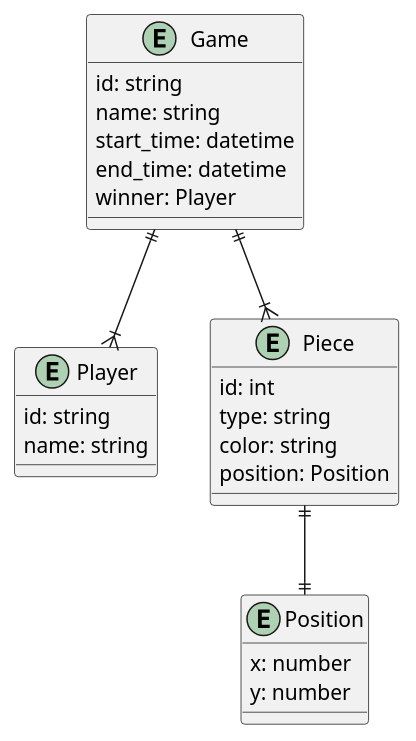
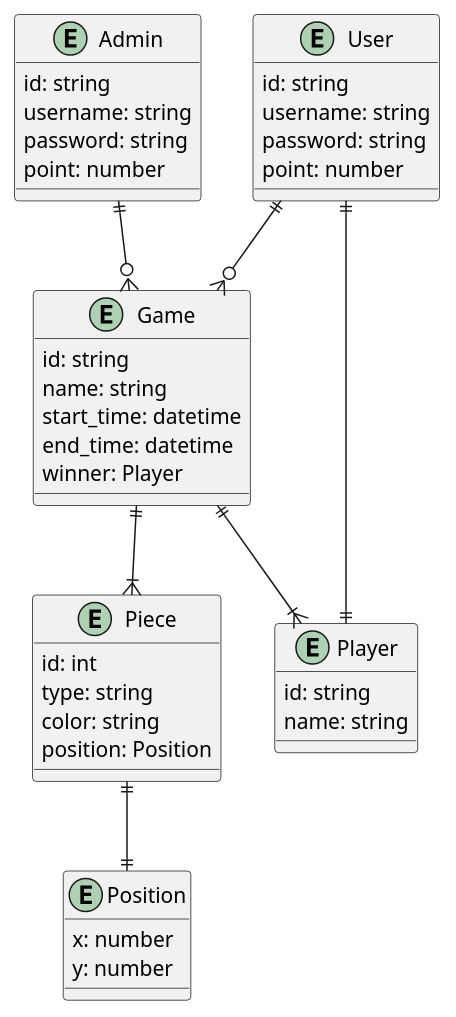
Before and after one commit to kieutridang/set2023: the diagram in MinhThanh/chessGame/docs/ERD/chessGame.plantuml, drawn with PlantUML. The commit also changed 884 other files, not shown here.

```diff
--- a/MinhThanh/chessGame/docs/ERD/chessGame.plantuml
+++ b/MinhThanh/chessGame/docs/ERD/chessGame.plantuml
@@ -1,34 +1,52 @@
 @startuml
+
+entity User{
+    id: string
+    username: string
+    password: string
+    point: number
+}
+
+entity Admin{
+    id: string
+    username: string
+    password: string
+    point: number
+}
+
+
 
 entity Game {
     id: string
     name: string
     start_time: datetime
     end_time: datetime
     winner: Player
 }
 
 entity Player {
     id: string
     name: string
 }
 
 entity Piece {
     id: int
     type: string
     color: string
     position: Position
 }
 
 entity Position {
     x: number
     y: number
 }
-
+User ||--o{ Game
+Admin||--o{ Game
 Game||--|{ Player
 Game||--|{ Piece
 Piece ||--|| Position
+User||--||Player
 
 
 
 @enduml
```
